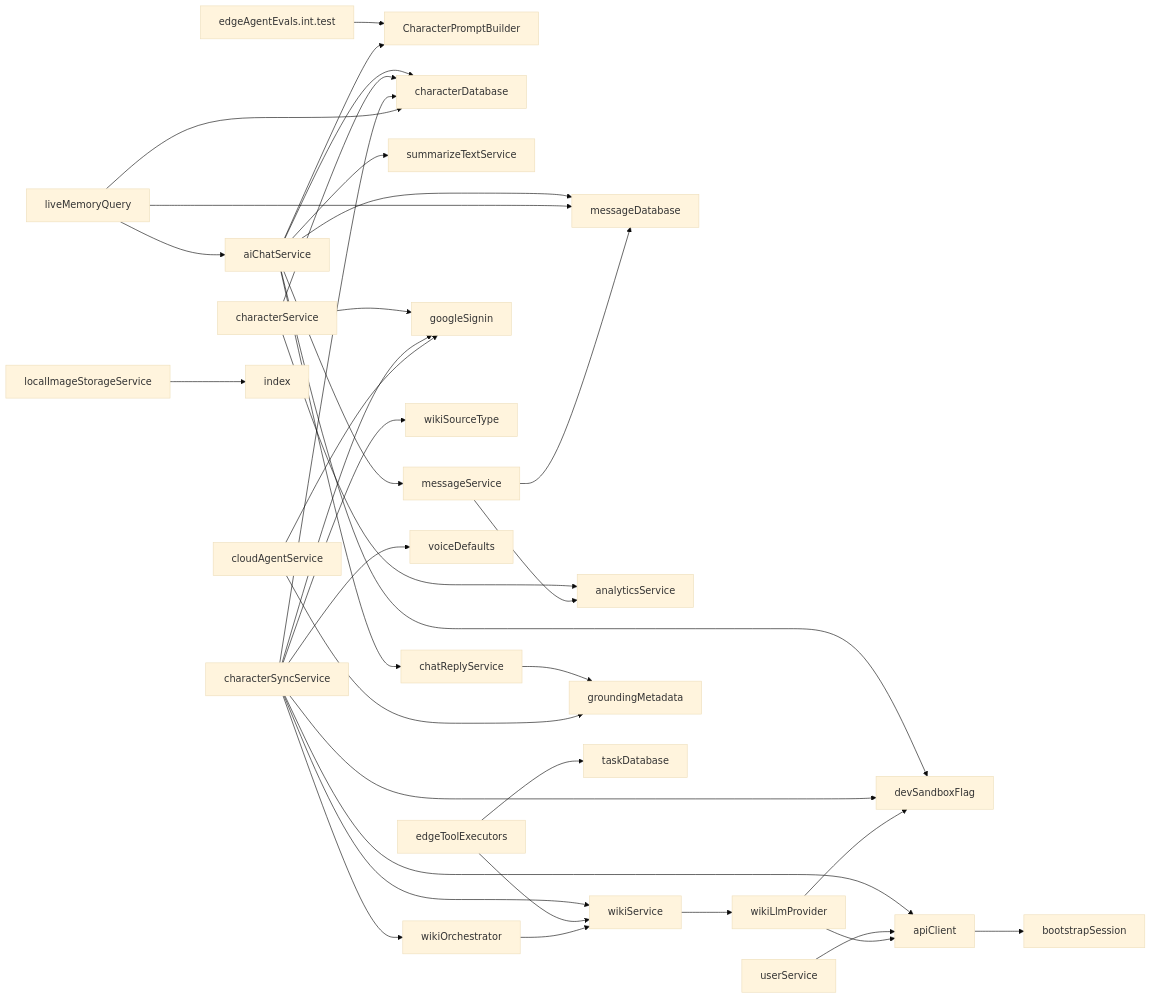
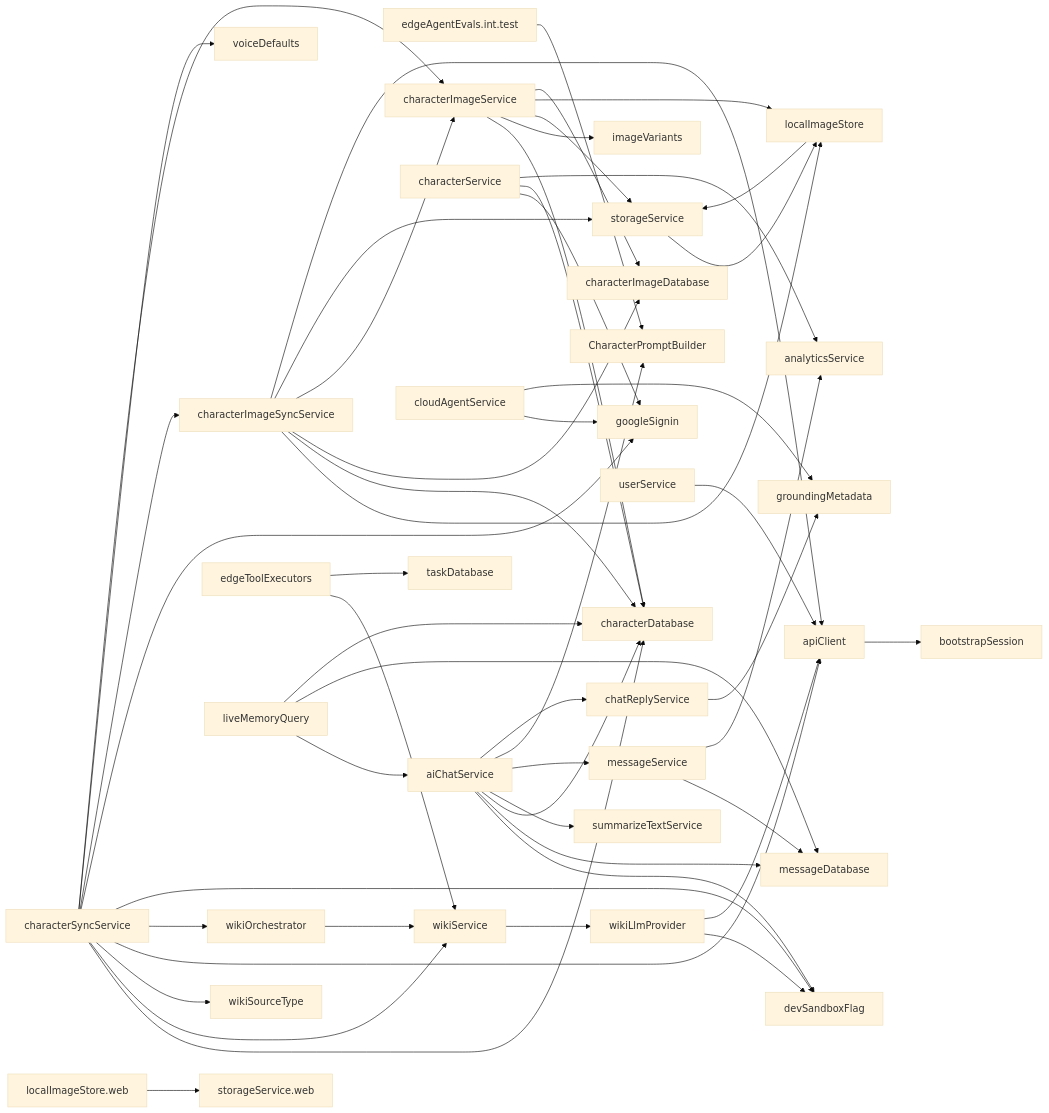
Before and after one commit to equationalapplications/clanker: the diagram in docs/flowcharts/SERVICES.md, drawn with Mermaid (base theme). The commit also changed 4 other files, not shown here.

Commit message:
docs: regenerate architecture flowcharts

````diff
--- a/docs/flowcharts/SERVICES.md
+++ b/docs/flowcharts/SERVICES.md
@@ -4,39 +4,54 @@
 ```mermaid
 graph LR
   edgeAgentEvals.int.test --> CharacterPromptBuilder
   aiChatService --> devSandboxFlag
   aiChatService --> messageDatabase
   aiChatService --> characterDatabase
   aiChatService --> summarizeTextService
   aiChatService --> messageService
   aiChatService --> CharacterPromptBuilder
   aiChatService --> chatReplyService
   apiClient --> bootstrapSession
+  characterImageService --> characterDatabase
+  characterImageService --> imageVariants
+  characterImageService --> storageService
+  characterImageService --> localImageStore
+  characterImageService --> characterImageDatabase
+  characterImageSyncService --> localImageStore
+  characterImageSyncService --> characterDatabase
+  characterImageSyncService --> characterImageDatabase
+  characterImageSyncService --> characterImageService
+  characterImageSyncService --> storageService
+  characterImageSyncService --> apiClient
   characterService --> googleSignin
   characterService --> characterDatabase
   characterService --> analyticsService
   characterSyncService --> characterDatabase
   characterSyncService --> wikiService
   characterSyncService --> wikiSourceType
   characterSyncService --> apiClient
   characterSyncService --> wikiOrchestrator
   characterSyncService --> devSandboxFlag
   characterSyncService --> googleSignin
+  characterSyncService --> characterImageSyncService
   characterSyncService --> voiceDefaults
+  characterSyncService --> characterImageService
   chatReplyService --> groundingMetadata
   cloudAgentService --> googleSignin
   cloudAgentService --> groundingMetadata
   edgeToolExecutors --> wikiService
   edgeToolExecutors --> taskDatabase
   liveMemoryQuery --> aiChatService
   liveMemoryQuery --> messageDatabase
   liveMemoryQuery --> characterDatabase
-  localImageStorageService --> index
+  localImageStore --> storageService
+  localImageStore.web --> storageService.web
   messageService --> messageDatabase
   messageService --> analyticsService
+  storageService --> localImageStore
   userService --> apiClient
   wikiLlmProvider --> devSandboxFlag
   wikiLlmProvider --> apiClient
   wikiOrchestrator --> wikiService
   wikiService --> wikiLlmProvider
 ```
````
